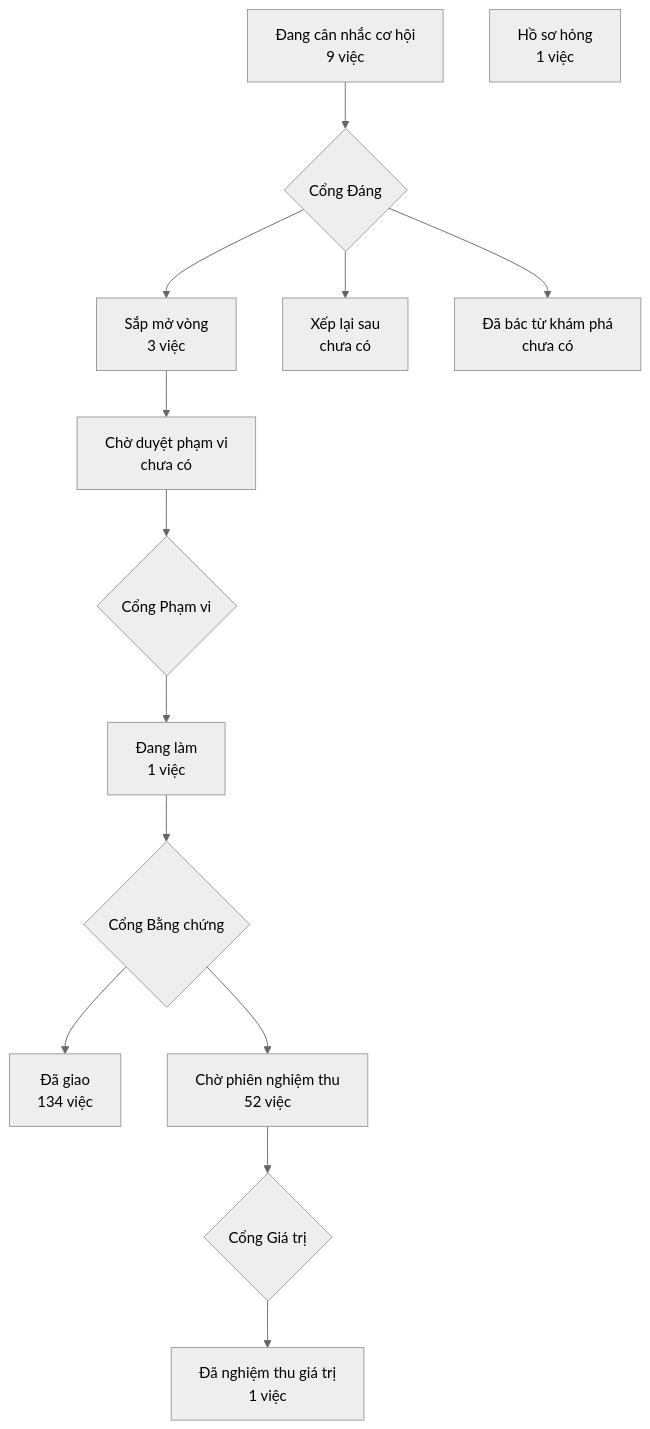
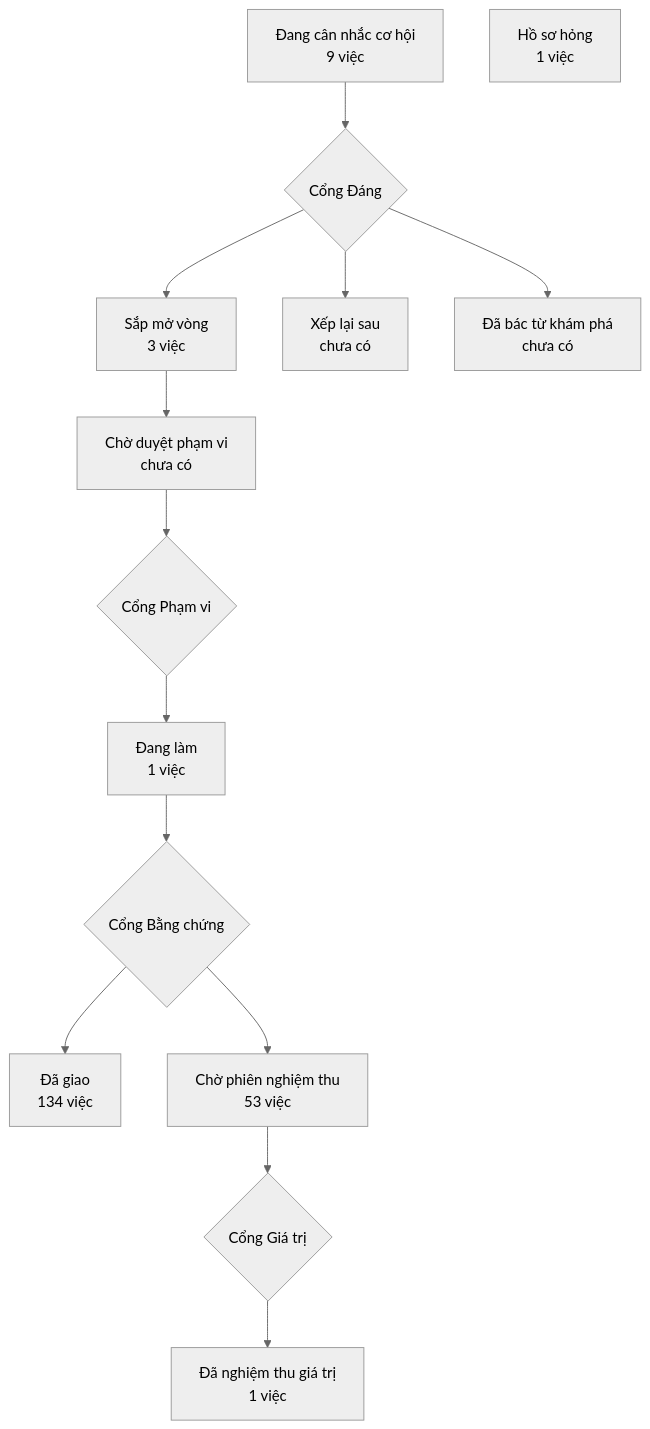
One commit to phanlemanh/crm-onehub changed the diagram in PRODUCT-MAP.md. Above: the diagram before and after it, drawn with Mermaid (neutral theme). The commit also changed 1 other file, not shown here.

Commit message:
chore: vẽ lại bản đồ sản phẩm từ bản sạch sau khi gộp onehub 942bf18f

````diff
--- a/PRODUCT-MAP.md
+++ b/PRODUCT-MAP.md
@@ -7,13 +7,13 @@
 ```mermaid
 flowchart TD
   A["Đang cân nhắc cơ hội<br/>9 việc"] --> GD{"Cổng Đáng"}
   GD --> B["Sắp mở vòng<br/>3 việc"]
   GD --> XL["Xếp lại sau<br/>chưa có"]
   GD --> DB["Đã bác từ khám phá<br/>chưa có"]
   B --> CD["Chờ duyệt phạm vi<br/>chưa có"] --> GP{"Cổng Phạm vi"}
   GP --> DL["Đang làm<br/>1 việc"] --> GB{"Cổng Bằng chứng"}
   GB --> DG["Đã giao<br/>134 việc"]
-  GB --> CN["Chờ phiên nghiệm thu<br/>52 việc"] --> GG{"Cổng Giá trị"}
+  GB --> CN["Chờ phiên nghiệm thu<br/>53 việc"] --> GG{"Cổng Giá trị"}
   GG --> NT["Đã nghiệm thu giá trị<br/>1 việc"]
   HS["Hồ sơ hỏng<br/>1 việc"]
 ```
````
